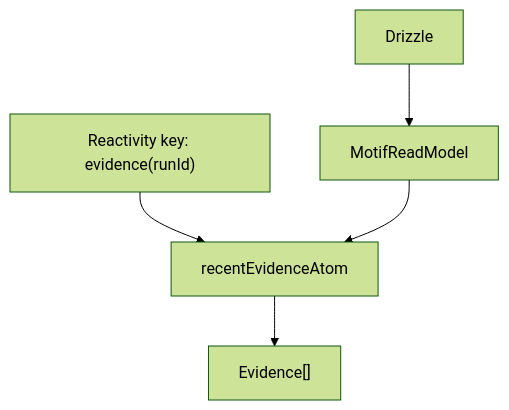
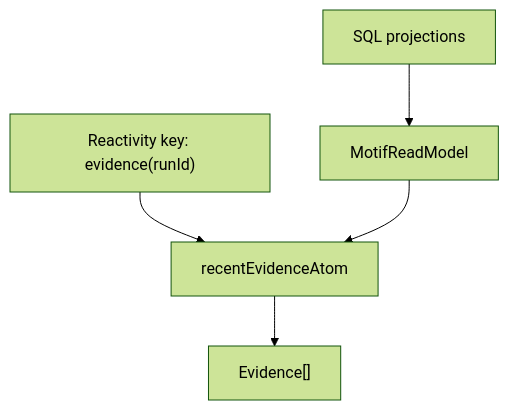
One commit to becker63/attune changed the fifth of 13 diagrams in docs/attuned/Attune Atom, Reactivity, and State Philosophy.md. Above: the diagram before and after it, drawn with Mermaid (forest theme). The commit also changed other lines of this file and 320 other files, not shown here.

````diff
--- a/docs/attuned/Attune Atom, Reactivity, and State Philosophy.md
+++ b/docs/attuned/Attune Atom, Reactivity, and State Philosophy.md
@@ -467,7 +467,7 @@
 ```mermaid
 flowchart TD
   A["Reactivity key: evidence(runId)"] --> B["recentEvidenceAtom"]
   C["MotifReadModel"] --> B
-  D["Drizzle"] --> C
+  D["SQL projections"] --> C
   B --> E["Evidence[]"]
 ```
````
